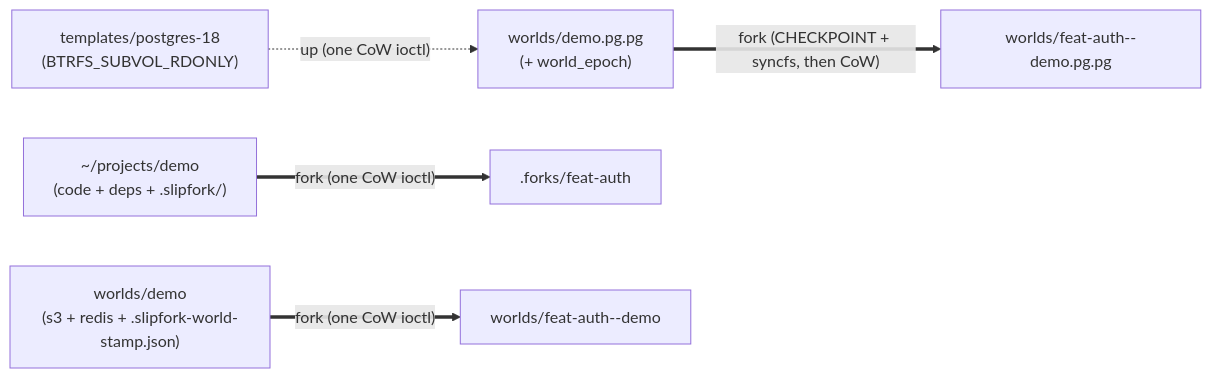
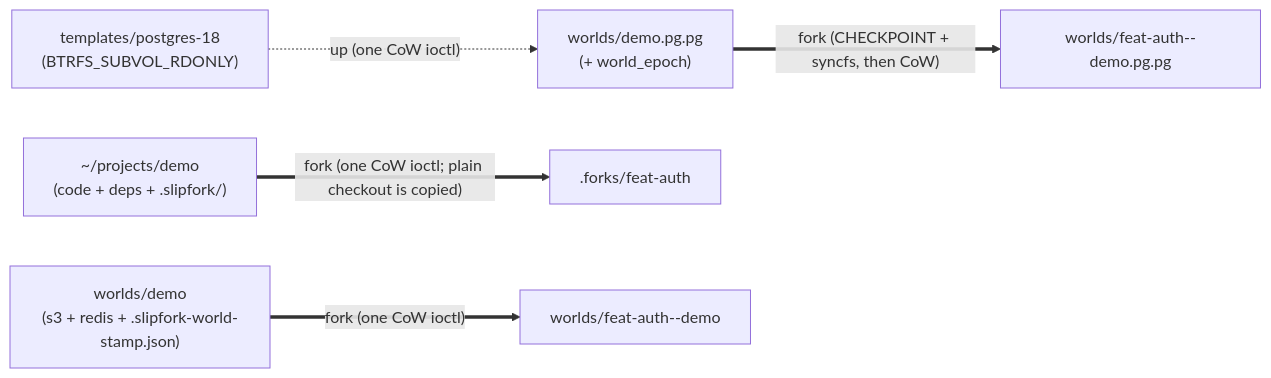
Before and after one commit to OffworldNexus/slipfork: the first of 3 diagrams in specs/03-under-the-hood.md, drawn with Mermaid. The commit also changed other lines of this file and 1 other file, not shown here.

Commit message:
[M3.85] Align LSP formatter expectations and specs/03 up/fork contract

````diff
--- a/specs/03-under-the-hood.md
+++ b/specs/03-under-the-hood.md
@@ -39,7 +41,7 @@
 ```mermaid
 flowchart LR
   Tpl["templates/postgres-18\n(BTRFS_SUBVOL_RDONLY)"] -.->|"up (one CoW ioctl)"| Pg["worlds/demo.pg.pg\n(+ world_epoch)"]
-  Proj["~/projects/demo\n(code + deps + .slipfork/)"] ==>|"fork (one CoW ioctl)"| FProj[".forks/feat-auth"]
+  Proj["~/projects/demo\n(code + deps + .slipfork/)"] ==>|"fork (one CoW ioctl; plain checkout is copied)"| FProj[".forks/feat-auth"]
   World["worlds/demo\n(s3 + redis + .slipfork-world-stamp.json)"] ==>|"fork (one CoW ioctl)"| FWorld["worlds/feat-auth--demo"]
   Pg ==>|"fork (CHECKPOINT + syncfs, then CoW)"| FPg["worlds/feat-auth--demo.pg.pg"]
 ```
````
